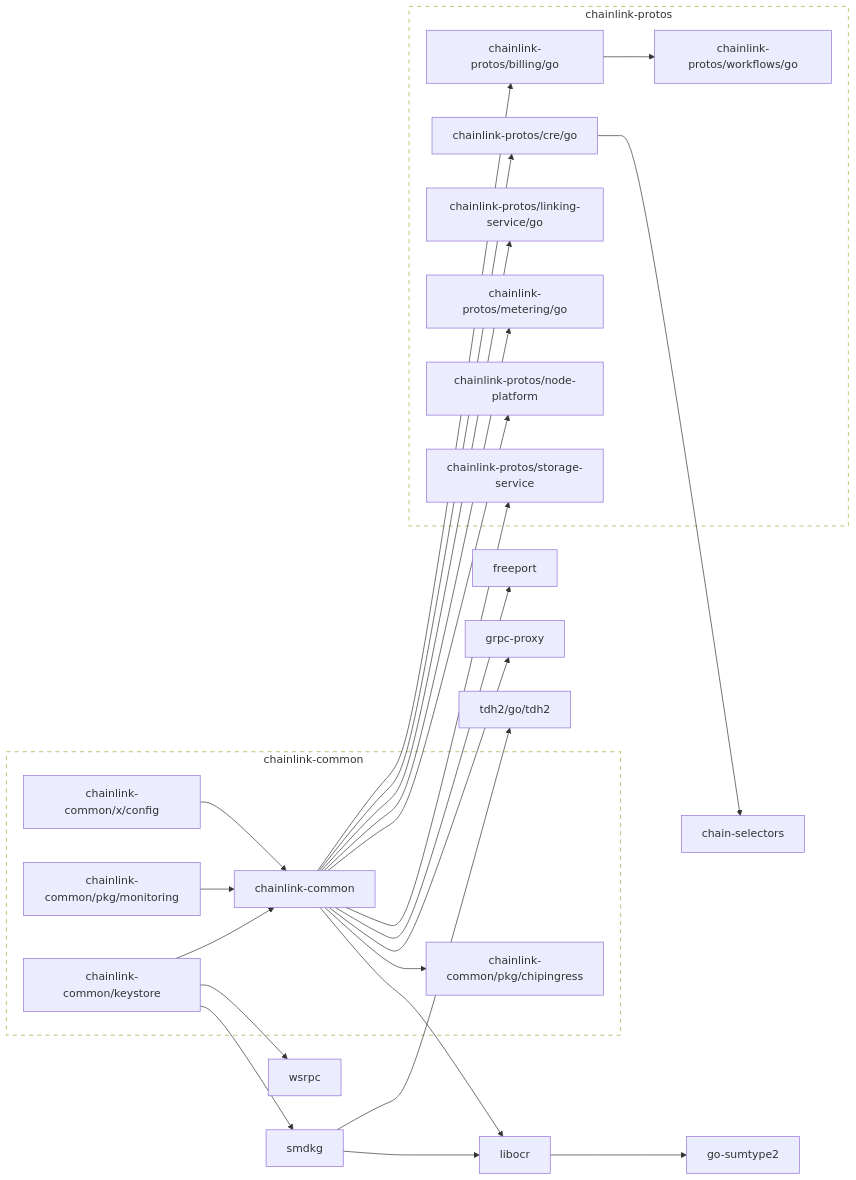
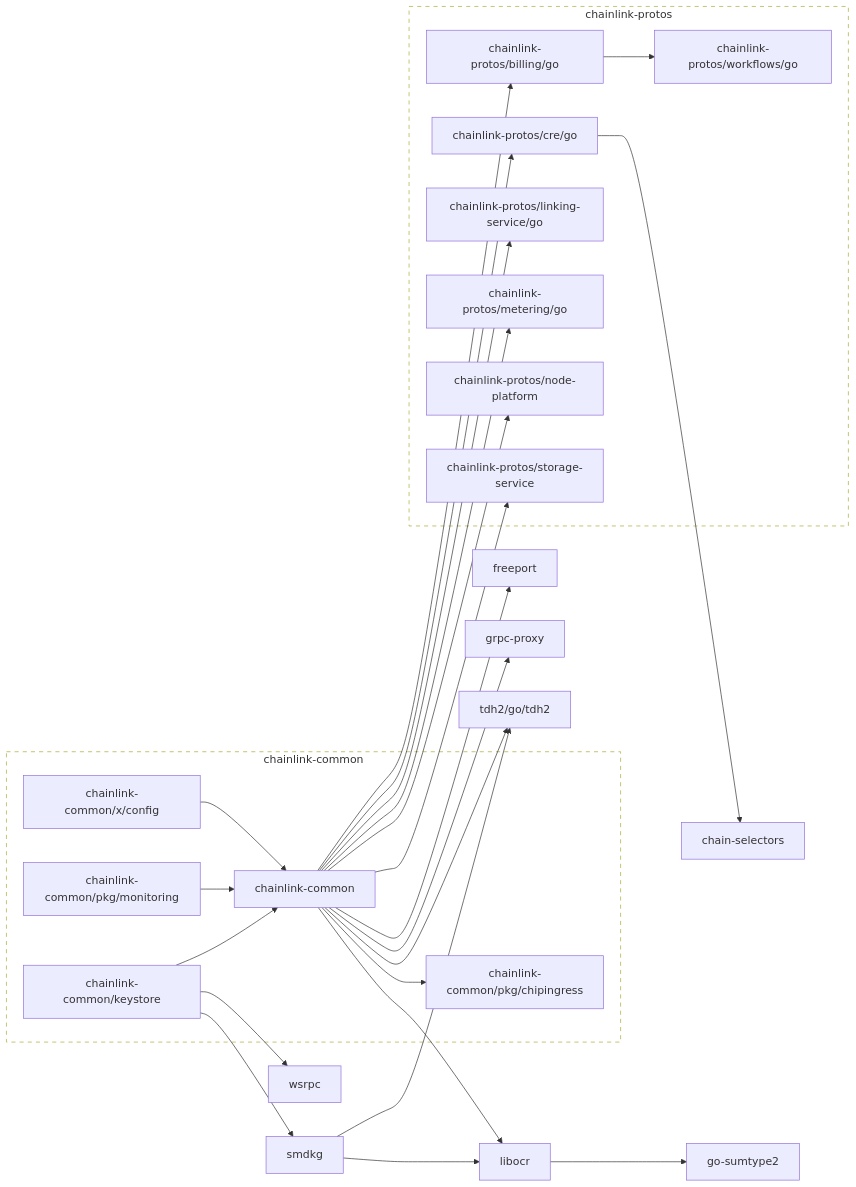
Before and after one commit to smartcontractkit/chainlink-common: the diagram in go.md, drawn with Mermaid.

Commit message:
Added tdh2

````diff
--- a/go.md
+++ b/go.md
@@ -2,79 +2,80 @@
 ```mermaid
 flowchart LR
 
 	chain-selectors
 	click chain-selectors href "https://github.com/smartcontractkit/chain-selectors"
 	chainlink-common --> chainlink-common/pkg/chipingress
 	chainlink-common --> chainlink-protos/billing/go
 	chainlink-common --> chainlink-protos/cre/go
 	chainlink-common --> chainlink-protos/linking-service/go
 	chainlink-common --> chainlink-protos/metering/go
 	chainlink-common --> chainlink-protos/node-platform
 	chainlink-common --> chainlink-protos/storage-service
 	chainlink-common --> freeport
 	chainlink-common --> grpc-proxy
 	chainlink-common --> libocr
+	chainlink-common --> tdh2/go/tdh2
 	click chainlink-common href "https://github.com/smartcontractkit/chainlink-common"
 	chainlink-common/keystore --> chainlink-common
 	chainlink-common/keystore --> smdkg
 	chainlink-common/keystore --> wsrpc
 	click chainlink-common/keystore href "https://github.com/smartcontractkit/chainlink-common"
 	chainlink-common/pkg/chipingress
 	click chainlink-common/pkg/chipingress href "https://github.com/smartcontractkit/chainlink-common"
 	chainlink-common/pkg/monitoring --> chainlink-common
 	click chainlink-common/pkg/monitoring href "https://github.com/smartcontractkit/chainlink-common"
 	chainlink-common/x/config --> chainlink-common
 	click chainlink-common/x/config href "https://github.com/smartcontractkit/chainlink-common"
 	chainlink-protos/billing/go --> chainlink-protos/workflows/go
 	click chainlink-protos/billing/go href "https://github.com/smartcontractkit/chainlink-protos"
 	chainlink-protos/cre/go --> chain-selectors
 	click chainlink-protos/cre/go href "https://github.com/smartcontractkit/chainlink-protos"
 	chainlink-protos/linking-service/go
 	click chainlink-protos/linking-service/go href "https://github.com/smartcontractkit/chainlink-protos"
 	chainlink-protos/metering/go
 	click chainlink-protos/metering/go href "https://github.com/smartcontractkit/chainlink-protos"
 	chainlink-protos/node-platform
 	click chainlink-protos/node-platform href "https://github.com/smartcontractkit/chainlink-protos"
 	chainlink-protos/storage-service
 	click chainlink-protos/storage-service href "https://github.com/smartcontractkit/chainlink-protos"
 	chainlink-protos/workflows/go
 	click chainlink-protos/workflows/go href "https://github.com/smartcontractkit/chainlink-protos"
 	freeport
 	click freeport href "https://github.com/smartcontractkit/freeport"
 	go-sumtype2
 	click go-sumtype2 href "https://github.com/smartcontractkit/go-sumtype2"
 	grpc-proxy
 	click grpc-proxy href "https://github.com/smartcontractkit/grpc-proxy"
 	libocr --> go-sumtype2
 	click libocr href "https://github.com/smartcontractkit/libocr"
 	smdkg --> libocr
 	smdkg --> tdh2/go/tdh2
 	click smdkg href "https://github.com/smartcontractkit/smdkg"
 	tdh2/go/tdh2
 	click tdh2/go/tdh2 href "https://github.com/smartcontractkit/tdh2"
 	wsrpc
 	click wsrpc href "https://github.com/smartcontractkit/wsrpc"
 
 	subgraph chainlink-common-repo[chainlink-common]
 		 chainlink-common
 		 chainlink-common/keystore
 		 chainlink-common/pkg/chipingress
 		 chainlink-common/pkg/monitoring
 		 chainlink-common/x/config
 	end
 	click chainlink-common-repo href "https://github.com/smartcontractkit/chainlink-common"
 
 	subgraph chainlink-protos-repo[chainlink-protos]
 		 chainlink-protos/billing/go
 		 chainlink-protos/cre/go
 		 chainlink-protos/linking-service/go
 		 chainlink-protos/metering/go
 		 chainlink-protos/node-platform
 		 chainlink-protos/storage-service
 		 chainlink-protos/workflows/go
 	end
 	click chainlink-protos-repo href "https://github.com/smartcontractkit/chainlink-protos"
 
 	classDef outline stroke-dasharray:6,fill:none;
 	class chainlink-common-repo,chainlink-protos-repo outline
 ```
````
